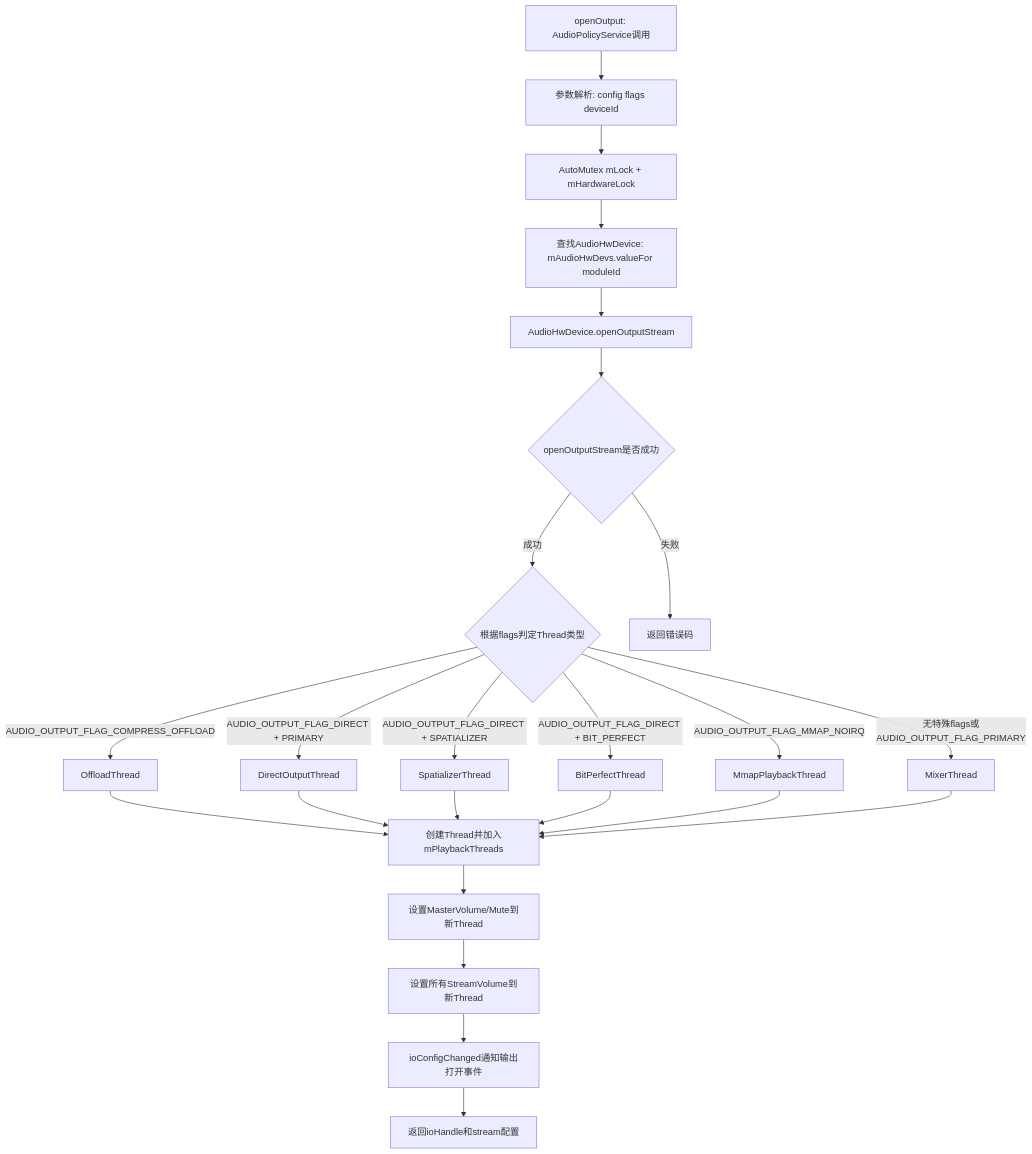
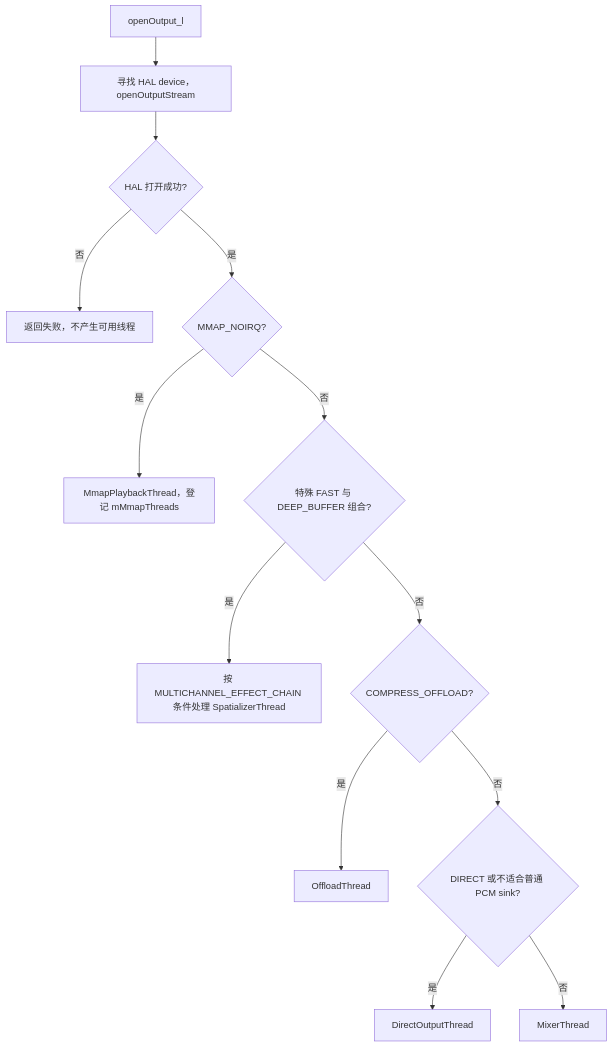
Before and after one commit to yanglinzhen1022/SA8295_AAOS_QNX_Audio_KnowledgeBase: the second of 3 diagrams in 05_AudioFlinger/05_5.1_AudioFlinger-音频数据面引擎.md, drawn with Mermaid. The commit also changed other lines of this file and 11 other files, not shown here.

Commit message:
docs: rebuild native PCM and policy learning path from local source

````diff
--- a/05_AudioFlinger/05_5.1_AudioFlinger-音频数据面引擎.md
+++ b/05_AudioFlinger/05_5.1_AudioFlinger-音频数据面引擎.md
@@ -562,28 +65,15 @@
 ```mermaid
-flowchart TB
-    start[openOutput: AudioPolicyService调用] --> param[参数解析: config flags deviceId]
-    param --> lock[AutoMutex mLock + mHardwareLock]
-    lock --> findDev[查找AudioHwDevice: mAudioHwDevs.valueFor moduleId]
-    findDev --> openStream[AudioHwDevice.openOutputStream]
-    openStream --> checkResult{openOutputStream是否成功}
-    checkResult -->|成功| checkFlags{根据flags判定Thread类型}
-    checkResult -->|失败| returnError[返回错误码]
-
-    checkFlags -->|AUDIO_OUTPUT_FLAG_COMPRESS_OFFLOAD| offload[OffloadThread]
-    checkFlags -->|AUDIO_OUTPUT_FLAG_DIRECT + PRIMARY| direct[DirectOutputThread]
-    checkFlags -->|AUDIO_OUTPUT_FLAG_DIRECT + SPATIALIZER| spatial[SpatializerThread]
-    checkFlags -->|AUDIO_OUTPUT_FLAG_DIRECT + BIT_PERFECT| bitperf[BitPerfectThread]
-    checkFlags -->|AUDIO_OUTPUT_FLAG_MMAP_NOIRQ| mmap[MmapPlaybackThread]
-    checkFlags -->|无特殊flags或AUDIO_OUTPUT_FLAG_PRIMARY| mixer[MixerThread]
-
-    offload --> createThread[创建Thread并加入mPlaybackThreads]
-    direct --> createThread
-    spatial --> createThread
-    bitperf --> createThread
-    mmap --> createThread
-    mixer --> createThread
-    createThread --> setMaster[设置MasterVolume/Mute到新Thread]
-    setMaster --> setStreamVol[设置所有StreamVolume到新Thread]
-    setStreamVol --> ioConfig[ioConfigChanged通知输出打开事件]
-    ioConfig --> return[返回ioHandle和stream配置]
+flowchart TD
+    O[openOutput_l] --> H[寻找 HAL device，openOutputStream]
+    H --> S{HAL 打开成功?}
+    S -->|否| X[返回失败，不产生可用线程]
+    S -->|是| M{MMAP_NOIRQ?}
+    M -->|是| MT[MmapPlaybackThread，登记 mMmapThreads]
+    M -->|否| SP{特殊 FAST 与 DEEP_BUFFER 组合?}
+    SP -->|是| ST[按 MULTICHANNEL_EFFECT_CHAIN 条件处理 SpatializerThread]
+    SP -->|否| C{COMPRESS_OFFLOAD?}
+    C -->|是| OT[OffloadThread]
+    C -->|否| D{DIRECT 或不适合普通 PCM sink?}
+    D -->|是| DT[DirectOutputThread]
+    D -->|否| MX[MixerThread]
 ```
````
